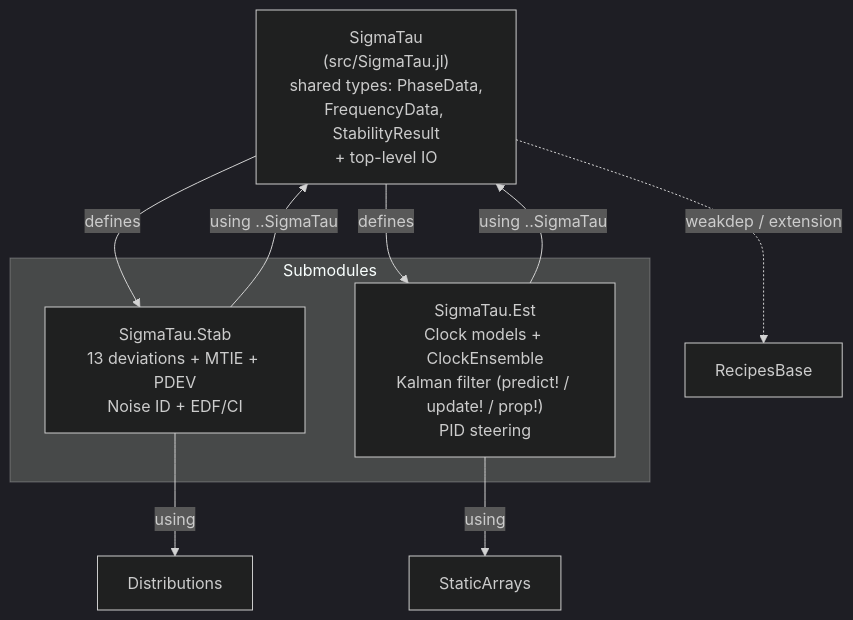
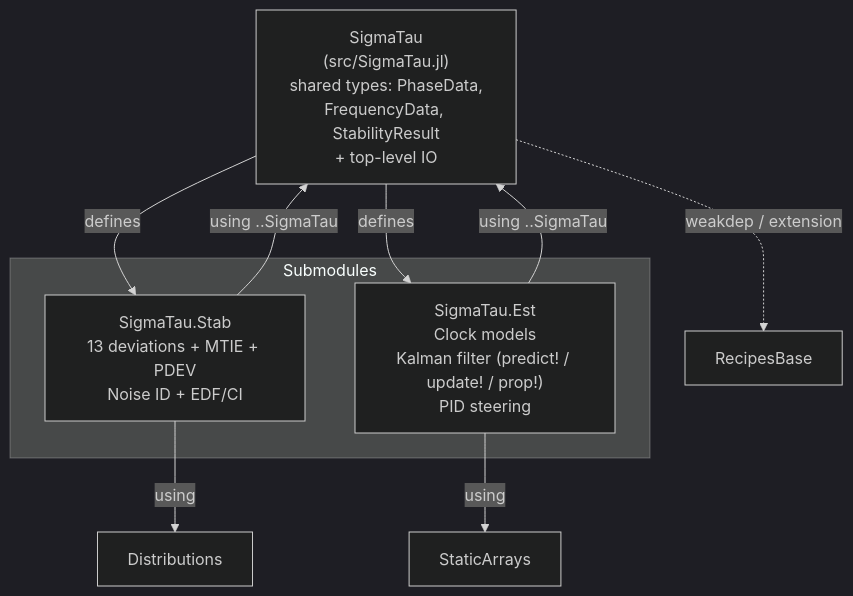
One commit to ianlap/SigmaTau.jl changed the diagram in project_overview.md. Above: the diagram before and after it, drawn with Mermaid (dark theme). The commit also changed other lines of this file and 17 other files, not shown here.

First line of the commit message:
remove ClockEnsemble + EnsembleWeights

````diff
--- a/project_overview.md
+++ b/project_overview.md
@@ -11,17 +11,17 @@
 ```mermaid
 graph TD
     ST["SigmaTau<br/>(src/SigmaTau.jl)<br/>shared types: PhaseData,<br/>FrequencyData, StabilityResult<br/>+ top-level IO"]
 
     subgraph "Submodules"
         STAB["SigmaTau.Stab<br/>13 deviations + MTIE + PDEV<br/>Noise ID + EDF/CI"]
-        EST["SigmaTau.Est<br/>Clock models + ClockEnsemble<br/>Kalman filter (predict! / update! / prop!)<br/>PID steering"]
+        EST["SigmaTau.Est<br/>Clock models<br/>Kalman filter (predict! / update! / prop!)<br/>PID steering"]
     end
 
     ST -->|"defines"| STAB
     ST -->|"defines"| EST
     STAB -->|"using ..SigmaTau"| ST
     EST -->|"using ..SigmaTau"| ST
     STAB -->|"using"| Distributions
     EST -->|"using"| StaticArrays
     ST -.->|"weakdep / extension"| RecipesBase
 ```
````
